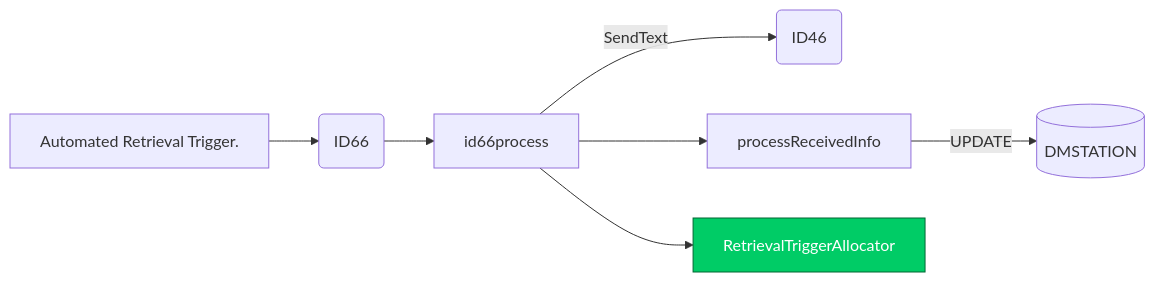
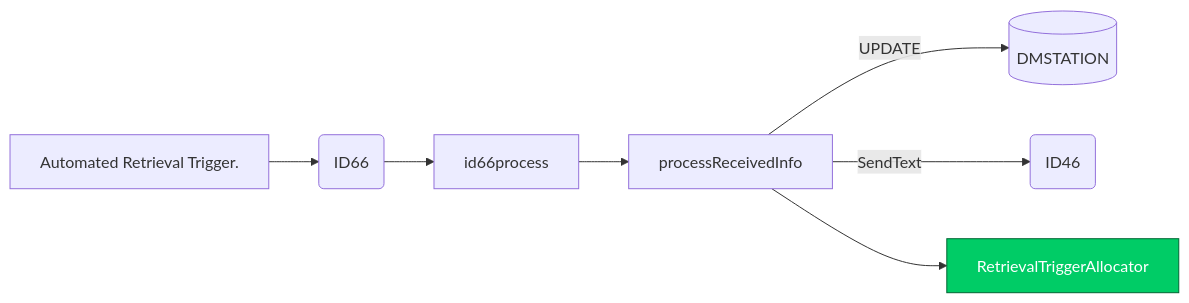
One commit to luthfiadityaa/SimeDarby-Wiki changed the fourth of 15 diagrams in Basic-Design/DFD-WMS/Retrieval/Stacked-Empty-Pallet.md. Above: the diagram before and after it, drawn with Mermaid.

Commit message:
Updated Stacked Empty Pallet

```diff
--- a/Basic-Design/DFD-WMS/Retrieval/Stacked-Empty-Pallet.md
+++ b/Basic-Design/DFD-WMS/Retrieval/Stacked-Empty-Pallet.md
@@ -84,27 +84,27 @@
 ::: mermaid
 flowchart LR
     input[
         Automated Retrieval Trigger.      
     ]
 
     id66msg("
      ID66
     ")
     tableList-update[("
         DMSTATION
     ")]
 
     id46msg("
      ID46
     ")
 
     input -->id66msg-->id66process-->processReceivedInfo--> |UPDATE| tableList-update
-    id66process--> |SendText| id46msg
-    id66process-->RetrievalTriggerAllocator
+    processReceivedInfo--> |SendText| id46msg
+    processReceivedInfo-->RetrievalTriggerAllocator
 
     click RetrievalTriggerAllocator "https://dev.azure.com/Daifuku-SW/ID_SimeDarbyPlantation/_wiki/wikis/ID_SimeDarbyPlantation.wiki/956/Stacked-Empty-Pallet?anchor=retrieval-trigger-allocator" "Go to Retrieval Trigger Allocator"
     style RetrievalTriggerAllocator fill:#00cc66,stroke:#006633,color:#ffffff
 
     classDef leftAlign text-align:left;
     class input leftAlign;
 :::
```
